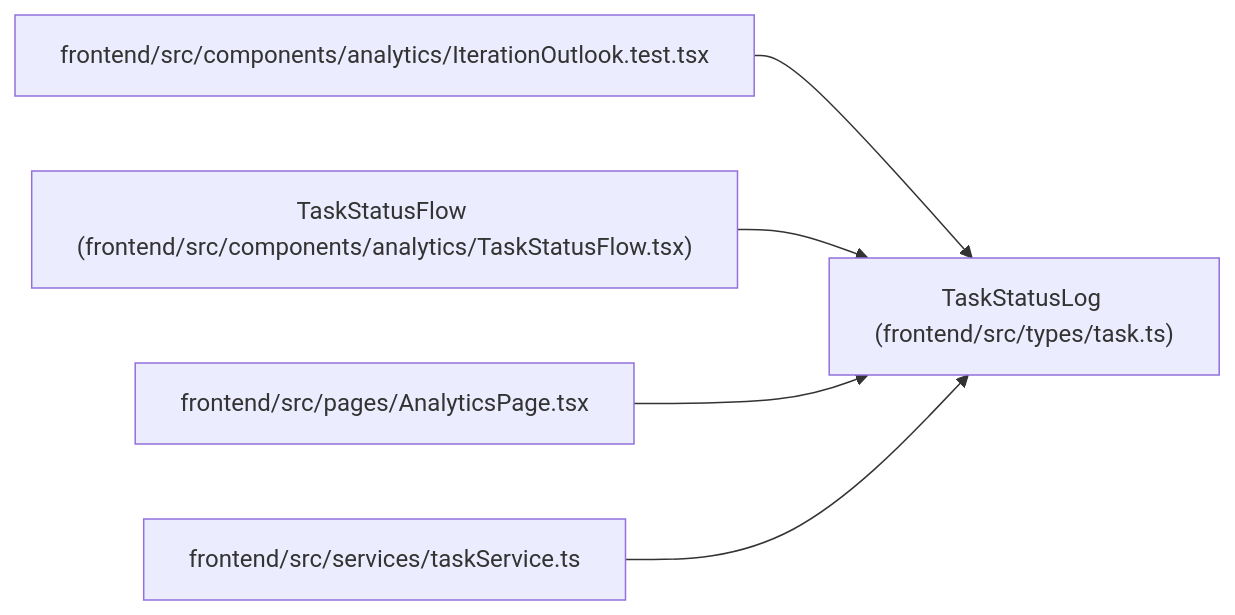
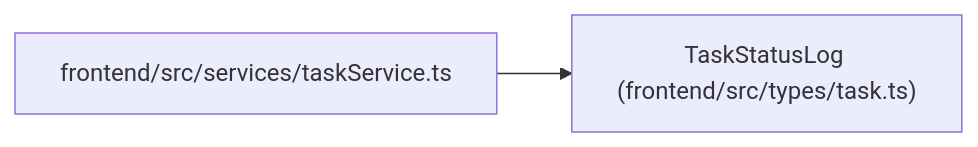
The diagram in docs/llm_wiki/entities/types_task_TaskStatusLog.md (Denissvgn/WorkChord), drawn with Mermaid before and after one commit. The commit also changed other lines of this file and 2373 other files, not shown here.

````diff
--- a/docs/llm_wiki/entities/types_task_TaskStatusLog.md
+++ b/docs/llm_wiki/entities/types_task_TaskStatusLog.md
@@ -33,17 +33,8 @@
 ```mermaid
 flowchart LR
     n0["TaskStatusLog (frontend/src/types/task.ts)"]
-    n1["frontend/src/components/analytics/IterationOutlook.test.tsx"]
-    n2["TaskStatusFlow (frontend/src/components/analytics/TaskStatusFlow.tsx)"]
-    n3["frontend/src/pages/AnalyticsPage.tsx"]
-    n4["frontend/src/services/taskService.ts"]
+    n1["frontend/src/services/taskService.ts"]
     n1 --> n0
-    n2 --> n0
-    n3 --> n0
-    n4 --> n0
     click n0 "../modules/types_task.md"
-    click n1 "../modules/IterationOutlook.test.md"
-    click n2 "../modules/TaskStatusFlow.md"
-    click n3 "../modules/AnalyticsPage.md"
-    click n4 "../modules/taskService.md"
+    click n1 "../modules/taskService.md"
 ```
````
